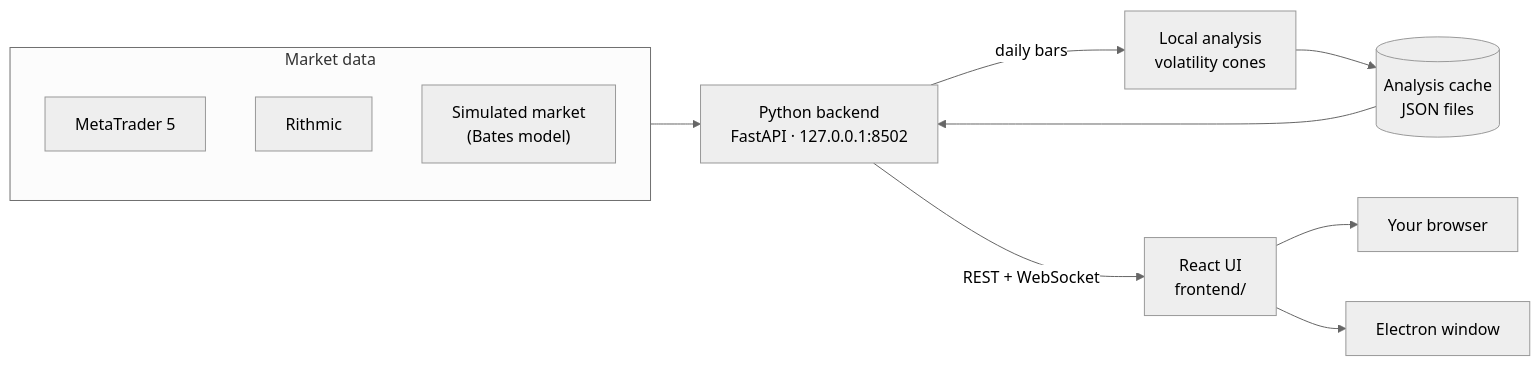
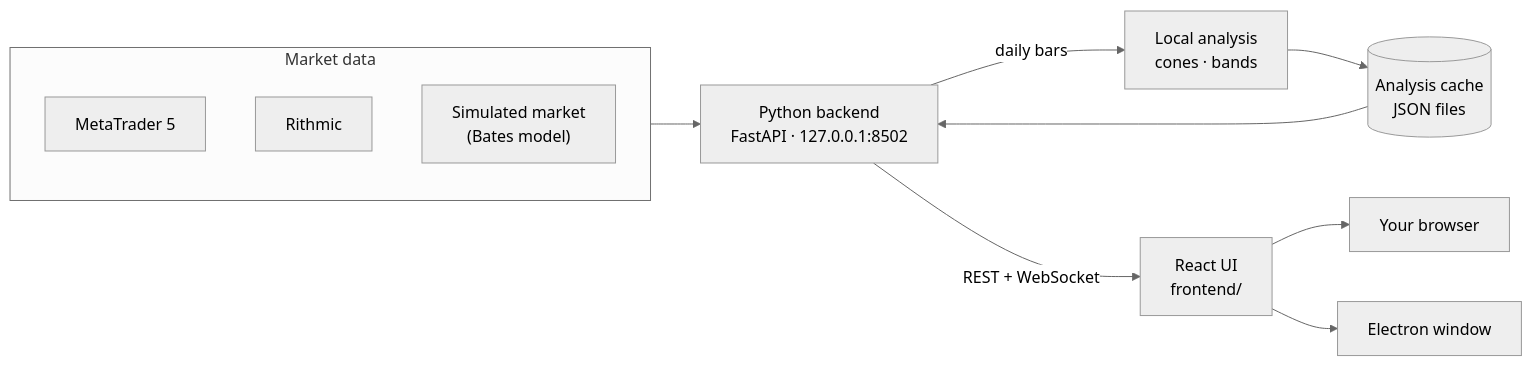
One commit to wJubran/QuantumTerminal changed the diagram in README.md. Above: the diagram before and after it, drawn with Mermaid (neutral theme). The commit also changed other lines of this file and 15 other files, not shown here.

````diff
--- a/README.md
+++ b/README.md
@@ -276,16 +297,16 @@
 ```mermaid
 flowchart LR
     subgraph feeds["Market data"]
         MT5["MetaTrader 5"]
         RITH["Rithmic"]
         SIM["Simulated market<br/>(Bates model)"]
     end
     CACHE[("Analysis cache<br/>JSON files")]
     feeds --> API["Python backend<br/>FastAPI · 127.0.0.1:8502"]
-    API -- "daily bars" --> ENGINE["Local analysis<br/>volatility cones"]
+    API -- "daily bars" --> ENGINE["Local analysis<br/>cones · bands"]
     ENGINE --> CACHE
     CACHE --> API
     API -- "REST + WebSocket" --> UI["React UI<br/>frontend/"]
     UI --> BROWSER["Your browser"]
     UI --> ELECTRON["Electron window"]
 ```
````
